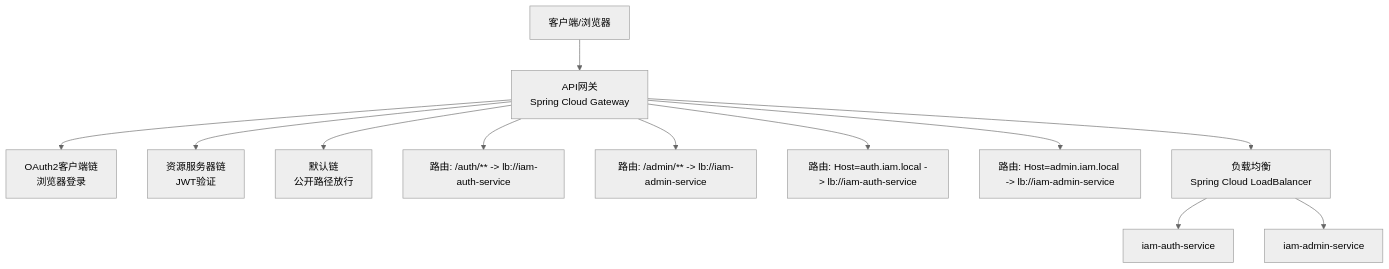
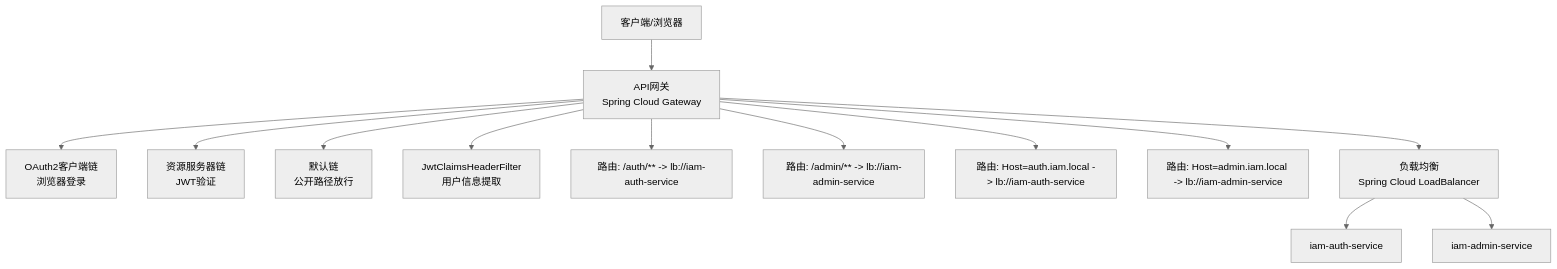
The second of 7 diagrams in .qoder/repowiki/zh/content/核心模块/API网关 (iam-gateway).md (fq0121104930716/iam-platform), drawn with Mermaid (neutral theme) before and after one commit. The commit also changed other lines of this file and 13 other files, not shown here.

````diff
--- a/.qoder/repowiki/zh/content/核心模块/API网关 (iam-gateway).md
+++ b/.qoder/repowiki/zh/content/核心模块/API网关 (iam-gateway).md
@@ -96,14 +119,15 @@
 ```mermaid
 graph TB
 Client["客户端/浏览器"] --> GW["API网关<br/>Spring Cloud Gateway"]
 GW --> SEC1["OAuth2客户端链<br/>浏览器登录"]
 GW --> SEC2["资源服务器链<br/>JWT验证"]
 GW --> DEF["默认链<br/>公开路径放行"]
+GW --> FIL["JwtClaimsHeaderFilter<br/>用户信息提取"]
 GW --> R1["路由: /auth/** -> lb://iam-auth-service"]
 GW --> R2["路由: /admin/** -> lb://iam-admin-service"]
 GW --> R3["路由: Host=auth.iam.local -> lb://iam-auth-service"]
 GW --> R4["路由: Host=admin.iam.local -> lb://iam-admin-service"]
 GW --> LB["负载均衡<br/>Spring Cloud LoadBalancer"]
 LB --> S1["iam-auth-service"]
 LB --> S2["iam-admin-service"]
 ```
````
